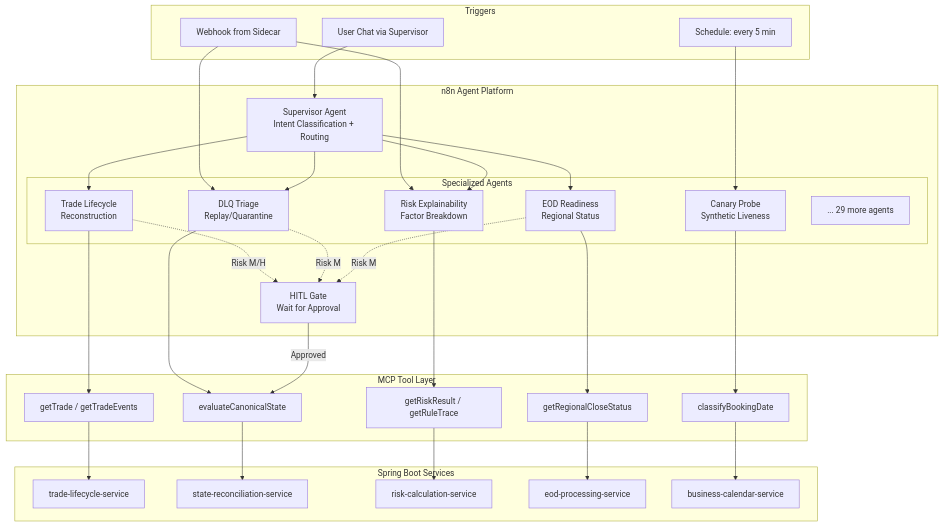
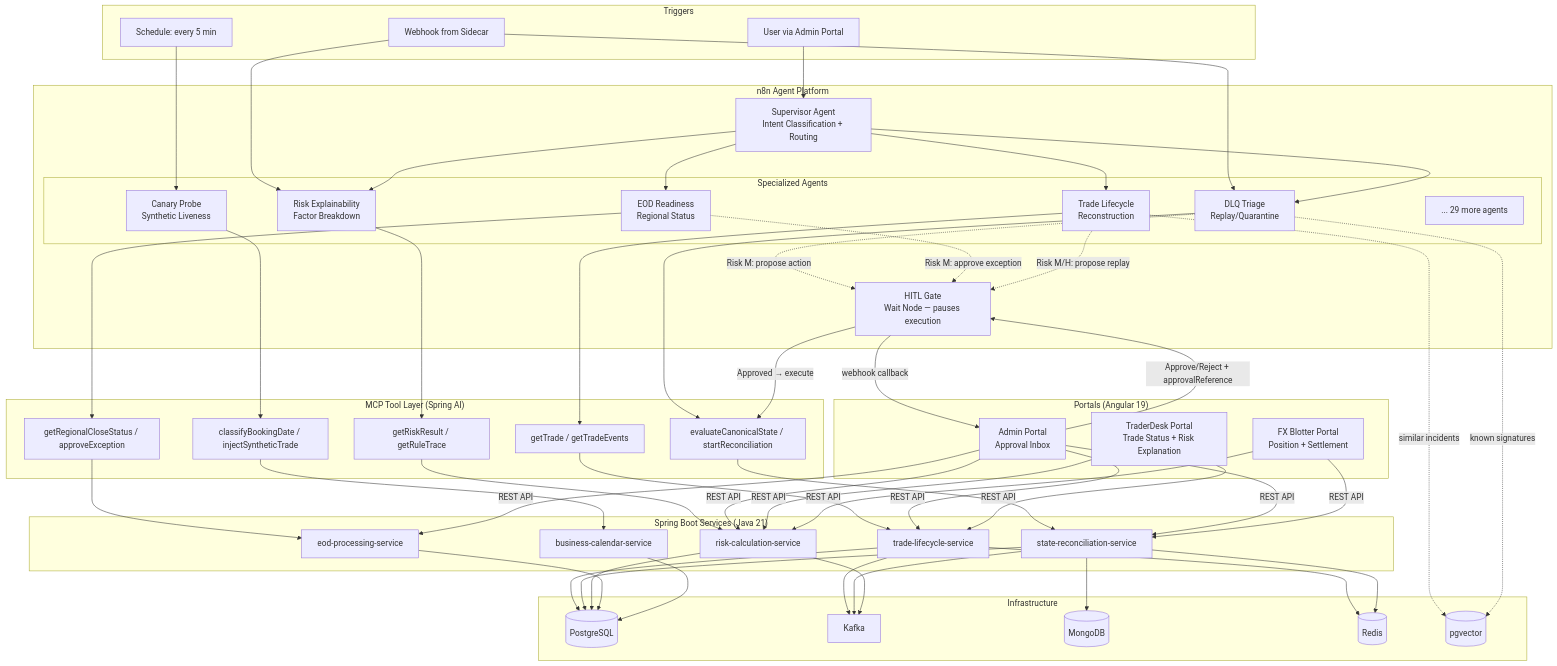
One commit to javakishore-veleti/Forex-Trade-Operations-Intelligence changed the diagram in docs/diagrams/agent-architecture.md. Above: the diagram before and after it, drawn with Mermaid. The commit also changed other lines of this file, not shown here.

Commit message:
docs(diagrams): update agent-architecture to show Portal UI in HITL approval flow
- Added Admin Portal Approval Inbox as the HITL approval source
- Added TraderDesk and FXTradeBlotter reading from services
- Added infrastructure layer (PostgreSQL, Kafka, MongoDB, Redis, pgvector)
- Added agent memory (vector recall)
- Added flow summary and key principle

````diff
--- a/docs/diagrams/agent-architecture.md
+++ b/docs/diagrams/agent-architecture.md
@@ -5,13 +5,19 @@
     subgraph Triggers
         W[Webhook from Sidecar]
         S[Schedule: every 5 min]
-        U[User Chat via Supervisor]
+        U[User via Admin Portal]
     end
 
-    subgraph n8n Agent Platform
+    subgraph Portals["Portals (Angular 19)"]
+        ADM[Admin Portal<br/>Approval Inbox]
+        TD[TraderDesk Portal<br/>Trade Status + Risk Explanation]
+        BLT[FX Blotter Portal<br/>Position + Settlement]
+    end
+
+    subgraph n8n["n8n Agent Platform"]
         SUP[Supervisor Agent<br/>Intent Classification + Routing]
         
-        subgraph Specialized Agents
+        subgraph Specialized["Specialized Agents"]
             TL[Trade Lifecycle<br/>Reconstruction]
             DR[DLQ Triage<br/>Replay/Quarantine]
             CP[Canary Probe<br/>Synthetic Liveness]
@@ -20,18 +26,18 @@
             OTH[... 29 more agents]
         end
 
-        HITL[HITL Gate<br/>Wait for Approval]
+        HITL[HITL Gate<br/>Wait Node — pauses execution]
     end
 
-    subgraph MCP Tool Layer
+    subgraph MCP["MCP Tool Layer (Spring AI)"]
         MCP1[getTrade / getTradeEvents]
-        MCP2[evaluateCanonicalState]
+        MCP2[evaluateCanonicalState / startReconciliation]
         MCP3[getRiskResult / getRuleTrace]
-        MCP4[getRegionalCloseStatus]
-        MCP5[classifyBookingDate]
+        MCP4[getRegionalCloseStatus / approveException]
+        MCP5[classifyBookingDate / injectSyntheticTrade]
     end
 
-    subgraph Spring Boot Services
+    subgraph Services["Spring Boot Services (Java 21)"]
         SVC1[trade-lifecycle-service]
         SVC2[state-reconciliation-service]
         SVC3[risk-calculation-service]
@@ -39,29 +45,60 @@
         SVC5[business-calendar-service]
     end
 
+    subgraph Infra["Infrastructure"]
+        PG[(PostgreSQL)]
+        KAFKA[Kafka]
+        MONGO[(MongoDB)]
+        REDIS[(Redis)]
+        VEC[(pgvector)]
+    end
+
+    %% Trigger flows
     W --> DR
     W --> RE
     S --> CP
     U --> SUP
+
+    %% Supervisor routing
     SUP --> TL
     SUP --> DR
     SUP --> RE
     SUP --> EOD
 
+    %% Agent → MCP tools
     TL --> MCP1
     DR --> MCP2
     RE --> MCP3
     EOD --> MCP4
     CP --> MCP5
 
+    %% MCP → Services
     MCP1 --> SVC1
     MCP2 --> SVC2
     MCP3 --> SVC3
     MCP4 --> SVC4
     MCP5 --> SVC5
 
-    TL -.->|Risk M/H| HITL
-    DR -.->|Risk M| HITL
-    EOD -.->|Risk M| HITL
-    HITL -->|Approved| MCP2
+    %% Services → Infrastructure
+    SVC1 & SVC2 & SVC3 & SVC4 & SVC5 --> PG
+    SVC1 & SVC2 & SVC3 --> KAFKA
+    SVC2 --> MONGO
+    SVC1 & SVC2 --> REDIS
+
+    %% HITL approval flow (the key connection)
+    DR -.->|Risk M: propose action| HITL
+    EOD -.->|Risk M: approve exception| HITL
+    TL -.->|Risk M/H: propose replay| HITL
+    HITL -->|webhook callback| ADM
+    ADM -->|Approve/Reject + approvalReference| HITL
+    HITL -->|Approved → execute| MCP2
+
+    %% Portal reads from services
+    ADM -->|REST API| SVC1 & SVC2 & SVC3 & SVC4
+    TD -->|REST API| SVC1 & SVC3
+    BLT -->|REST API| SVC3 & SVC2
+
+    %% Agent memory
+    TL -.->|similar incidents| VEC
+    DR -.->|known signatures| VEC
 ```
````
